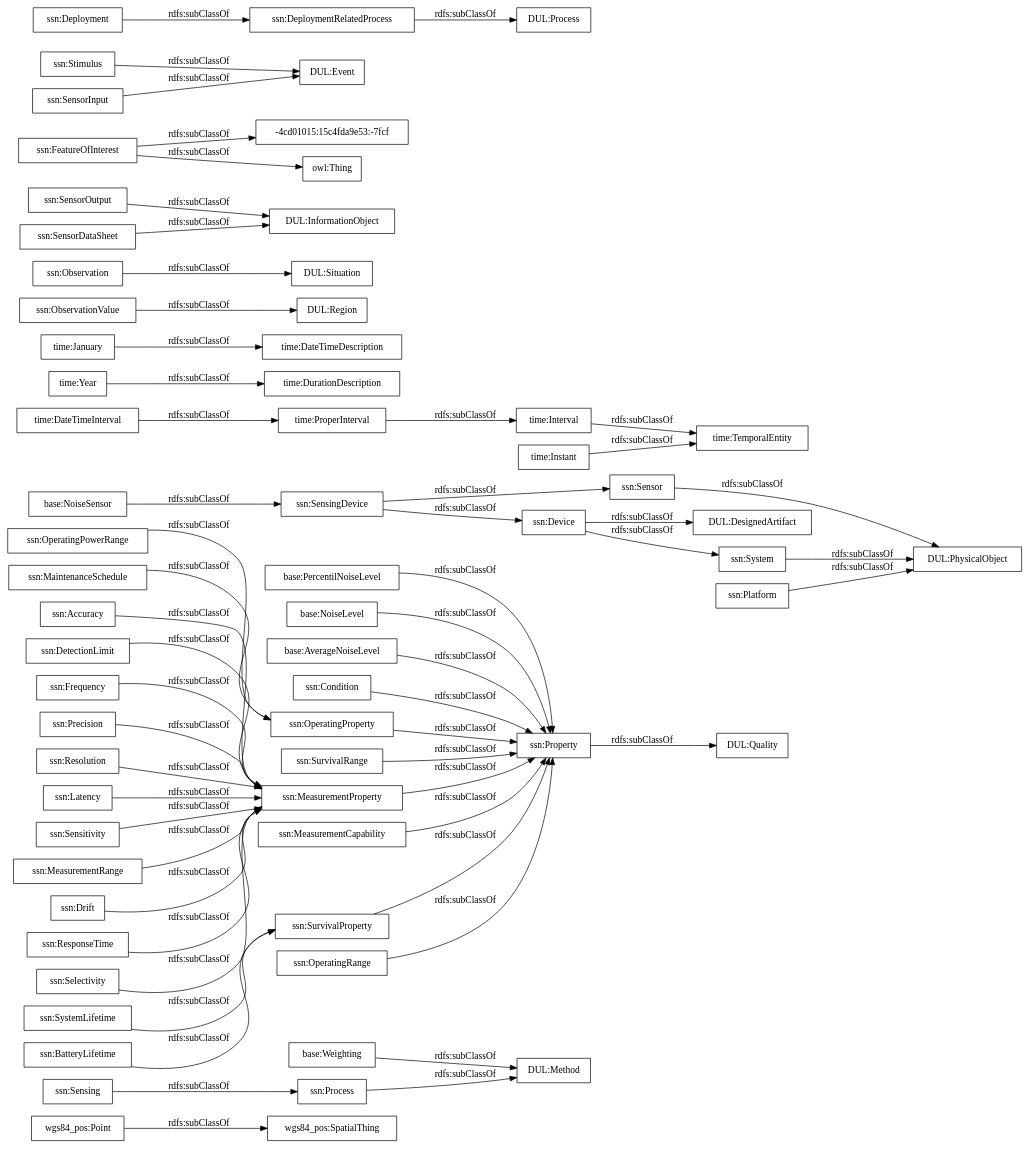
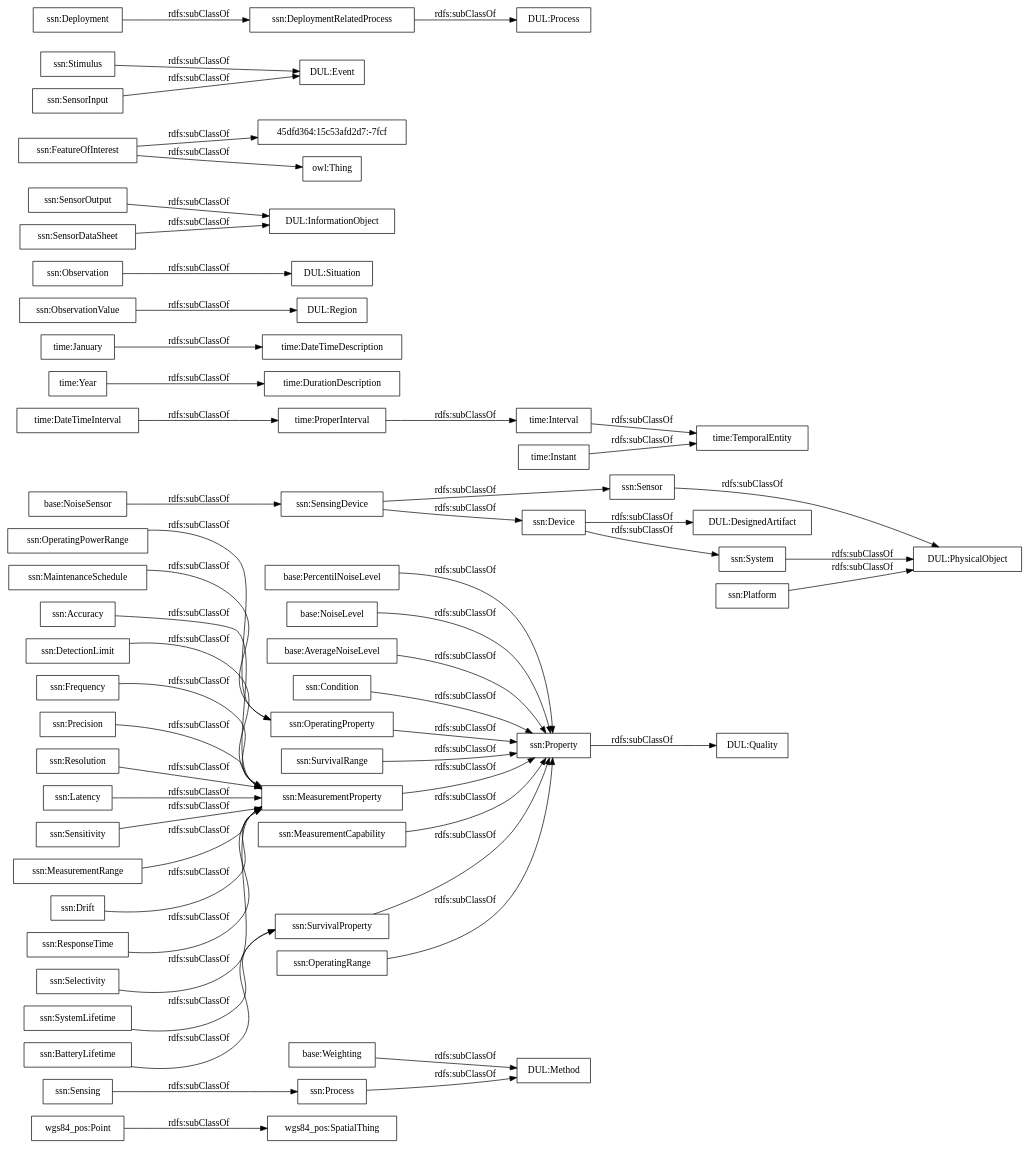
Before and after one commit to paoespinozarias/ContaminacionAcustica-Ontology: the diagram in OnToology/contaminacion-acustica.owl/diagrams/ar2dtool-taxonomy/contaminacion-acustica.owl.png.dot, drawn with Graphviz. The commit also changed 11 other files, not shown here.

```diff
--- a/OnToology/contaminacion-acustica.owl/diagrams/ar2dtool-taxonomy/contaminacion-acustica.owl.png.dot
+++ b/OnToology/contaminacion-acustica.owl/diagrams/ar2dtool-taxonomy/contaminacion-acustica.owl.png.dot
@@ -1,60 +1,60 @@
 digraph ar2dtool_diagram { 
 rankdir=LR;
 size="1000"
-node [shape = rectangle, color="black"]; "wgs84_pos:SpatialThing" "wgs84_pos:Point" "base:Weighting" "base:PercentilNoiseLevel" "base:NoiseSensor" "base:NoiseLevel" "base:AverageNoiseLevel" "time:DateTimeInterval" "time:DurationDescription" "time:January" "time:ProperInterval" "time:Interval" "time:TemporalEntity" "time:Year" "time:DateTimeDescription" "time:Instant" "ssn:Accuracy" "ssn:DetectionLimit" "ssn:Frequency" "ssn:Condition" "DUL:Region" "DUL:Situation" "DUL:PhysicalObject" "ssn:SensorOutput" "ssn:Precision" "ssn:Resolution" "DUL:Quality" "ssn:FeatureOfInterest" "ssn:Sensor" "DUL:InformationObject" "ssn:OperatingProperty" "DUL:Event" "ssn:OperatingPowerRange" "DUL:Method" "ssn:MaintenanceSchedule" "ssn:Sensing" "ssn:Latency" "-4cd01015:15c4fda9e53:-7fcf" "ssn:SurvivalRange" "ssn:SensingDevice" "DUL:DesignedArtifact" "ssn:Sensitivity" "ssn:Stimulus" "DUL:Process" "ssn:MeasurementRange" "ssn:System" "ssn:SystemLifetime" "ssn:Property" "ssn:MeasurementProperty" "ssn:Process" "ssn:Deployment" "ssn:MeasurementCapability" "ssn:BatteryLifetime" "ssn:Drift" "ssn:DeploymentRelatedProcess" "ssn:SensorInput" "ssn:ResponseTime" "ssn:ObservationValue" "ssn:SensorDataSheet" "ssn:Observation" "ssn:Selectivity" "ssn:SurvivalProperty" "ssn:Device" "ssn:OperatingRange" "ssn:Platform" ; /*classes style*/
+node [shape = rectangle, color="black"]; "wgs84_pos:SpatialThing" "wgs84_pos:Point" "base:Weighting" "base:PercentilNoiseLevel" "base:NoiseSensor" "base:NoiseLevel" "base:AverageNoiseLevel" "time:DateTimeInterval" "time:DurationDescription" "time:January" "time:ProperInterval" "time:Interval" "time:TemporalEntity" "time:Year" "time:DateTimeDescription" "time:Instant" "ssn:Accuracy" "ssn:DetectionLimit" "ssn:Frequency" "ssn:Condition" "DUL:Region" "DUL:Situation" "DUL:PhysicalObject" "ssn:SensorOutput" "ssn:Precision" "ssn:Resolution" "DUL:Quality" "ssn:FeatureOfInterest" "ssn:Sensor" "DUL:InformationObject" "ssn:OperatingProperty" "DUL:Event" "ssn:OperatingPowerRange" "DUL:Method" "ssn:MaintenanceSchedule" "ssn:Sensing" "ssn:Latency" "ssn:SurvivalRange" "ssn:SensingDevice" "DUL:DesignedArtifact" "ssn:Sensitivity" "ssn:Stimulus" "DUL:Process" "ssn:MeasurementRange" "ssn:System" "ssn:SystemLifetime" "ssn:Property" "ssn:MeasurementProperty" "ssn:Process" "ssn:Deployment" "ssn:MeasurementCapability" "ssn:BatteryLifetime" "45dfd364:15c53afd2d7:-7fcf" "ssn:Drift" "ssn:DeploymentRelatedProcess" "ssn:SensorInput" "ssn:ResponseTime" "ssn:ObservationValue" "ssn:SensorDataSheet" "ssn:Observation" "ssn:Selectivity" "ssn:SurvivalProperty" "ssn:Device" "ssn:OperatingRange" "ssn:Platform" ; /*classes style*/
 	"base:AverageNoiseLevel" -> "ssn:Property" [ label = "rdfs:subClassOf" ];
 	"ssn:Deployment" -> "ssn:DeploymentRelatedProcess" [ label = "rdfs:subClassOf" ];
 	"ssn:SensingDevice" -> "ssn:Sensor" [ label = "rdfs:subClassOf" ];
 	"ssn:SensingDevice" -> "ssn:Device" [ label = "rdfs:subClassOf" ];
 	"ssn:DeploymentRelatedProcess" -> "DUL:Process" [ label = "rdfs:subClassOf" ];
 	"ssn:Accuracy" -> "ssn:MeasurementProperty" [ label = "rdfs:subClassOf" ];
 	"time:Instant" -> "time:TemporalEntity" [ label = "rdfs:subClassOf" ];
 	"ssn:FeatureOfInterest" -> "owl:Thing" [ label = "rdfs:subClassOf" ];
-	"ssn:FeatureOfInterest" -> "-4cd01015:15c4fda9e53:-7fcf" [ label = "rdfs:subClassOf" ];
+	"ssn:FeatureOfInterest" -> "45dfd364:15c53afd2d7:-7fcf" [ label = "rdfs:subClassOf" ];
 	"ssn:Latency" -> "ssn:MeasurementProperty" [ label = "rdfs:subClassOf" ];
 	"ssn:Process" -> "DUL:Method" [ label = "rdfs:subClassOf" ];
 	"base:Weighting" -> "DUL:Method" [ label = "rdfs:subClassOf" ];
 	"time:ProperInterval" -> "time:Interval" [ label = "rdfs:subClassOf" ];
 	"ssn:Property" -> "DUL:Quality" [ label = "rdfs:subClassOf" ];
 	"ssn:MeasurementProperty" -> "ssn:Property" [ label = "rdfs:subClassOf" ];
 	"wgs84_pos:Point" -> "wgs84_pos:SpatialThing" [ label = "rdfs:subClassOf" ];
 	"ssn:ResponseTime" -> "ssn:MeasurementProperty" [ label = "rdfs:subClassOf" ];
 	"ssn:OperatingRange" -> "ssn:Property" [ label = "rdfs:subClassOf" ];
 	"base:NoiseLevel" -> "ssn:Property" [ label = "rdfs:subClassOf" ];
 	"ssn:MeasurementRange" -> "ssn:MeasurementProperty" [ label = "rdfs:subClassOf" ];
 	"ssn:Stimulus" -> "DUL:Event" [ label = "rdfs:subClassOf" ];
 	"ssn:SurvivalProperty" -> "ssn:Property" [ label = "rdfs:subClassOf" ];
 	"ssn:MaintenanceSchedule" -> "ssn:OperatingProperty" [ label = "rdfs:subClassOf" ];
 	"ssn:SensorInput" -> "DUL:Event" [ label = "rdfs:subClassOf" ];
 	"ssn:Sensitivity" -> "ssn:MeasurementProperty" [ label = "rdfs:subClassOf" ];
 	"ssn:Drift" -> "ssn:MeasurementProperty" [ label = "rdfs:subClassOf" ];
 	"ssn:System" -> "DUL:PhysicalObject" [ label = "rdfs:subClassOf" ];
 	"ssn:Resolution" -> "ssn:MeasurementProperty" [ label = "rdfs:subClassOf" ];
 	"ssn:Precision" -> "ssn:MeasurementProperty" [ label = "rdfs:subClassOf" ];
 	"base:PercentilNoiseLevel" -> "ssn:Property" [ label = "rdfs:subClassOf" ];
 	"ssn:DetectionLimit" -> "ssn:MeasurementProperty" [ label = "rdfs:subClassOf" ];
 	"time:DateTimeInterval" -> "time:ProperInterval" [ label = "rdfs:subClassOf" ];
 	"ssn:Sensor" -> "DUL:PhysicalObject" [ label = "rdfs:subClassOf" ];
 	"ssn:SensorDataSheet" -> "DUL:InformationObject" [ label = "rdfs:subClassOf" ];
 	"ssn:OperatingPowerRange" -> "ssn:OperatingProperty" [ label = "rdfs:subClassOf" ];
 	"time:Interval" -> "time:TemporalEntity" [ label = "rdfs:subClassOf" ];
 	"base:NoiseSensor" -> "ssn:SensingDevice" [ label = "rdfs:subClassOf" ];
 	"time:January" -> "time:DateTimeDescription" [ label = "rdfs:subClassOf" ];
 	"ssn:ObservationValue" -> "DUL:Region" [ label = "rdfs:subClassOf" ];
 	"ssn:Device" -> "DUL:DesignedArtifact" [ label = "rdfs:subClassOf" ];
 	"ssn:Device" -> "ssn:System" [ label = "rdfs:subClassOf" ];
 	"ssn:Platform" -> "DUL:PhysicalObject" [ label = "rdfs:subClassOf" ];
 	"time:Year" -> "time:DurationDescription" [ label = "rdfs:subClassOf" ];
 	"ssn:OperatingProperty" -> "ssn:Property" [ label = "rdfs:subClassOf" ];
 	"ssn:Selectivity" -> "ssn:MeasurementProperty" [ label = "rdfs:subClassOf" ];
 	"ssn:BatteryLifetime" -> "ssn:SurvivalProperty" [ label = "rdfs:subClassOf" ];
 	"ssn:Observation" -> "DUL:Situation" [ label = "rdfs:subClassOf" ];
 	"ssn:Sensing" -> "ssn:Process" [ label = "rdfs:subClassOf" ];
 	"ssn:SystemLifetime" -> "ssn:SurvivalProperty" [ label = "rdfs:subClassOf" ];
 	"ssn:SurvivalRange" -> "ssn:Property" [ label = "rdfs:subClassOf" ];
 	"ssn:Frequency" -> "ssn:MeasurementProperty" [ label = "rdfs:subClassOf" ];
 	"ssn:SensorOutput" -> "DUL:InformationObject" [ label = "rdfs:subClassOf" ];
 	"ssn:Condition" -> "ssn:Property" [ label = "rdfs:subClassOf" ];
 	"ssn:MeasurementCapability" -> "ssn:Property" [ label = "rdfs:subClassOf" ];
 
 }
```
